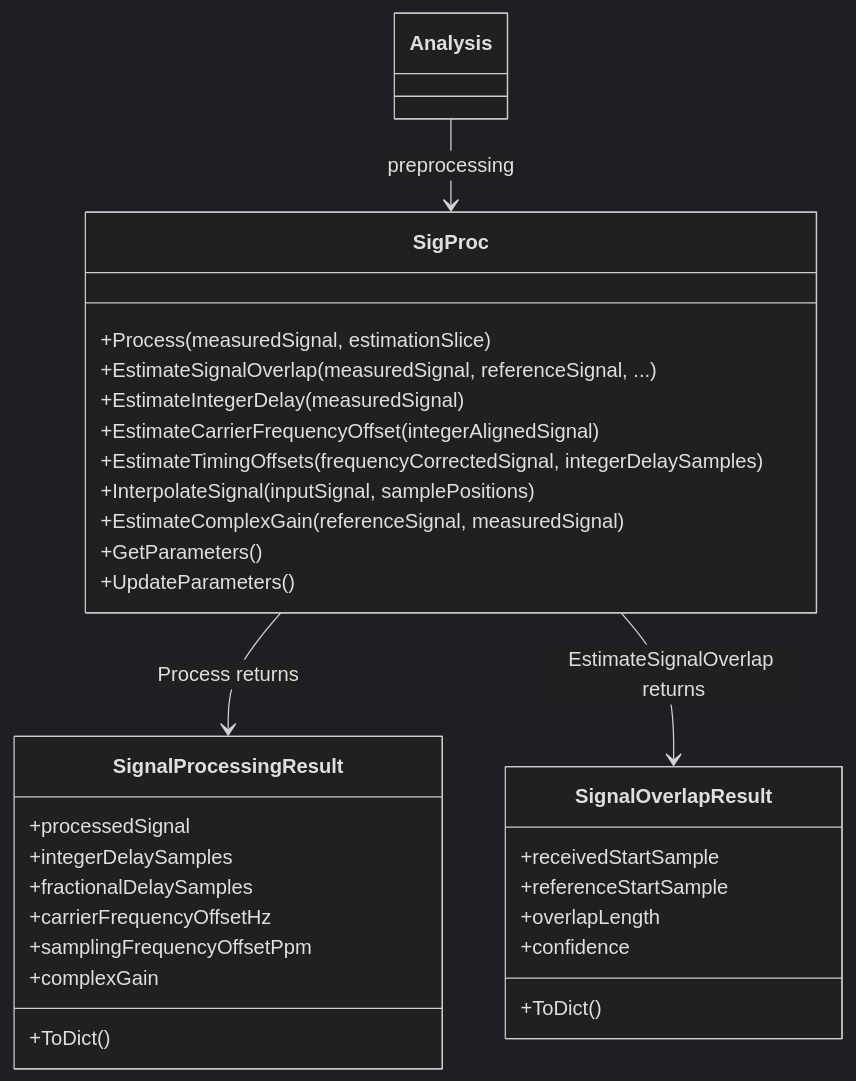
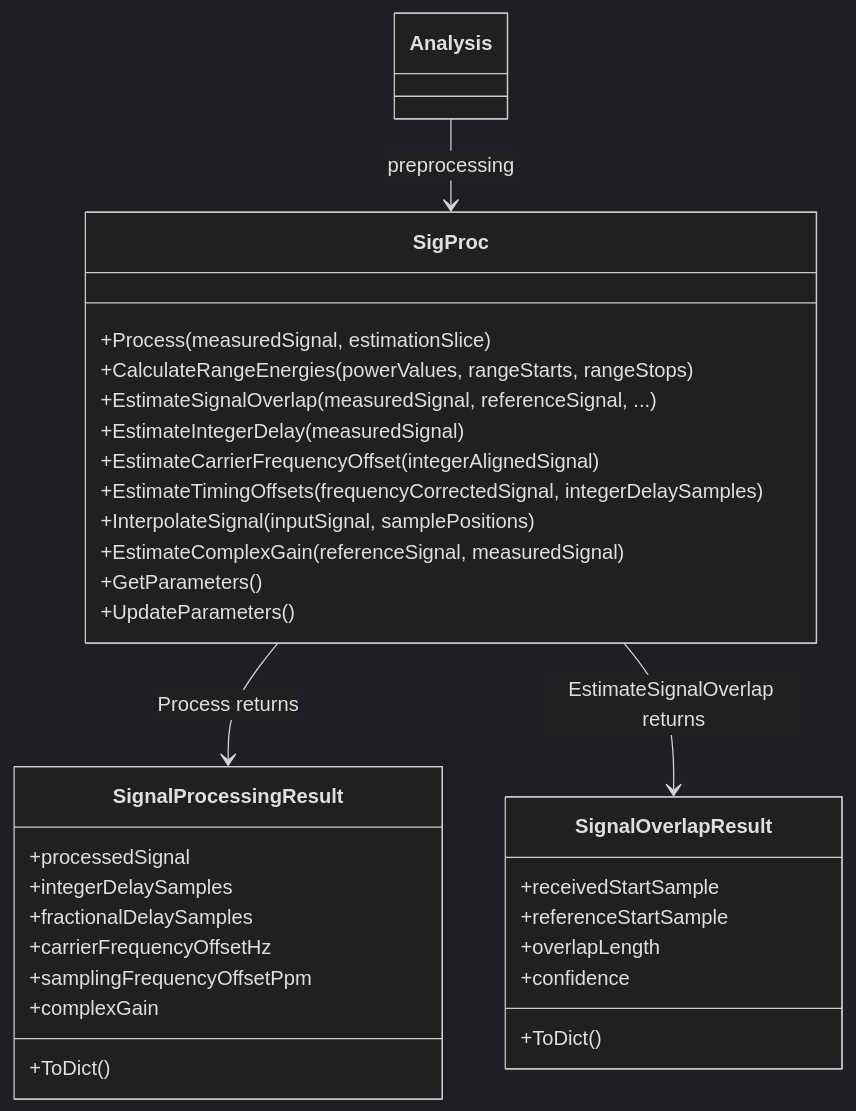
One commit to niyilu45/DPD_ILC changed the third of 7 diagrams in doc/SigProc.md. Above: the diagram before and after it, drawn with Mermaid (dark theme). The commit also changed other lines of this file and 15 other files, not shown here.

````diff
--- a/doc/SigProc.md
+++ b/doc/SigProc.md
@@ -374,33 +378,34 @@
 ```mermaid
 classDiagram
     class SigProc {
         +Process(measuredSignal, estimationSlice)
+        +CalculateRangeEnergies(powerValues, rangeStarts, rangeStops)
         +EstimateSignalOverlap(measuredSignal, referenceSignal, ...)
         +EstimateIntegerDelay(measuredSignal)
         +EstimateCarrierFrequencyOffset(integerAlignedSignal)
         +EstimateTimingOffsets(frequencyCorrectedSignal, integerDelaySamples)
         +InterpolateSignal(inputSignal, samplePositions)
         +EstimateComplexGain(referenceSignal, measuredSignal)
         +GetParameters()
         +UpdateParameters()
     }
     class SignalProcessingResult {
         +processedSignal
         +integerDelaySamples
         +fractionalDelaySamples
         +carrierFrequencyOffsetHz
         +samplingFrequencyOffsetPpm
         +complexGain
         +ToDict()
     }
     class SignalOverlapResult {
         +receivedStartSample
         +referenceStartSample
         +overlapLength
         +confidence
         +ToDict()
     }
     SigProc --> SignalProcessingResult : Process returns
     SigProc --> SignalOverlapResult : EstimateSignalOverlap returns
     Analysis --> SigProc : preprocessing
 ```
````
